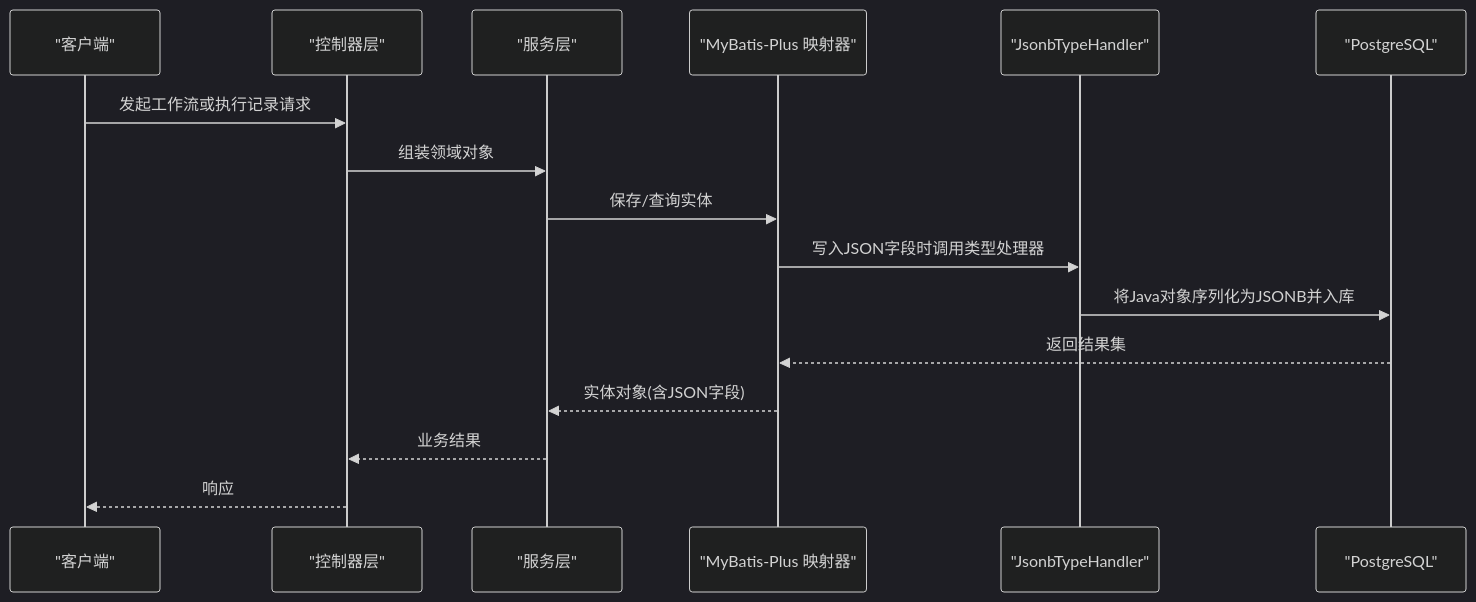
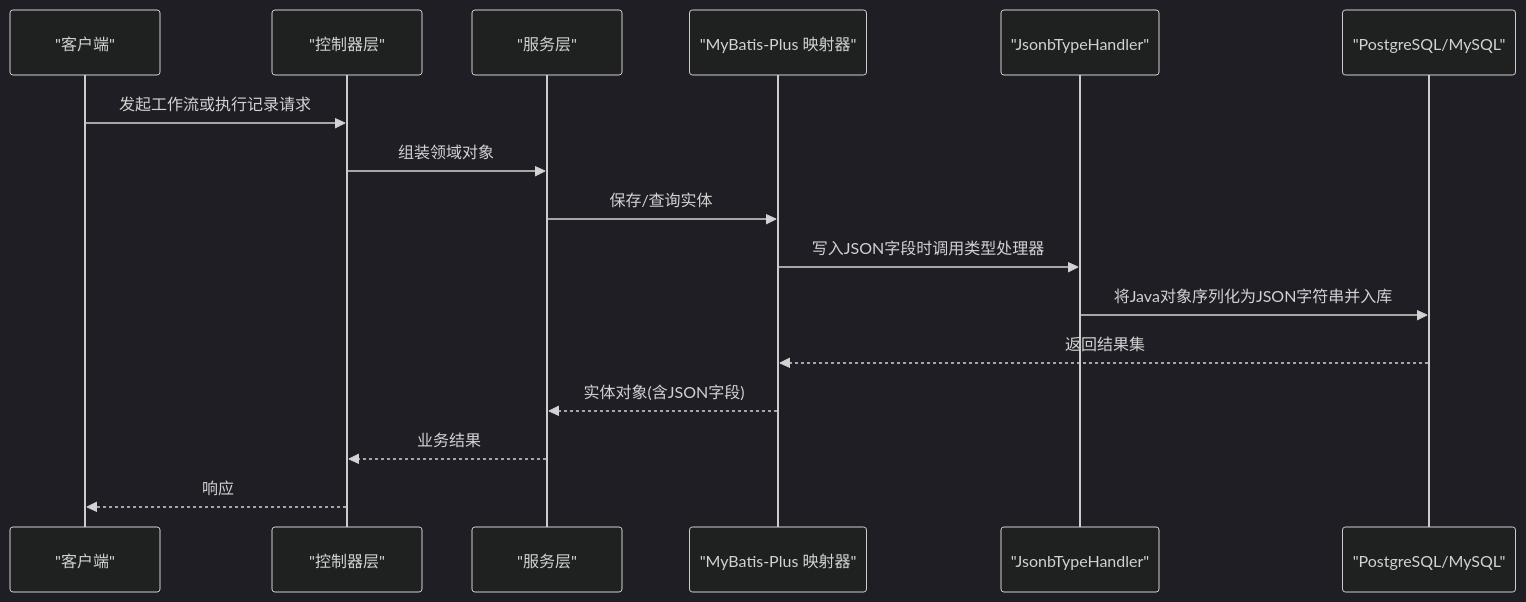
The second of 4 diagrams in .qoder/repowiki/zh/content/数据持久化/多数据库支持.md (cxz64323/bokagent), drawn with Mermaid (dark theme) before and after one commit. The commit also changed other lines of this file and 6 other files, not shown here.

````diff
--- a/.qoder/repowiki/zh/content/数据持久化/多数据库支持.md
+++ b/.qoder/repowiki/zh/content/数据持久化/多数据库支持.md
@@ -95,18 +102,18 @@
 ```mermaid
 sequenceDiagram
 participant Client as "客户端"
 participant Controller as "控制器层"
 participant Service as "服务层"
 participant Mapper as "MyBatis-Plus 映射器"
 participant Handler as "JsonbTypeHandler"
-participant DB as "PostgreSQL"
+participant DB as "PostgreSQL/MySQL"
 Client->>Controller : 发起工作流或执行记录请求
 Controller->>Service : 组装领域对象
 Service->>Mapper : 保存/查询实体
 Mapper->>Handler : 写入JSON字段时调用类型处理器
-Handler->>DB : 将Java对象序列化为JSONB并入库
+Handler->>DB : 将Java对象序列化为JSON字符串并入库
 DB-->>Mapper : 返回结果集
 Mapper-->>Service : 实体对象(含JSON字段)
 Service-->>Controller : 业务结果
 Controller-->>Client : 响应
 ```
````
